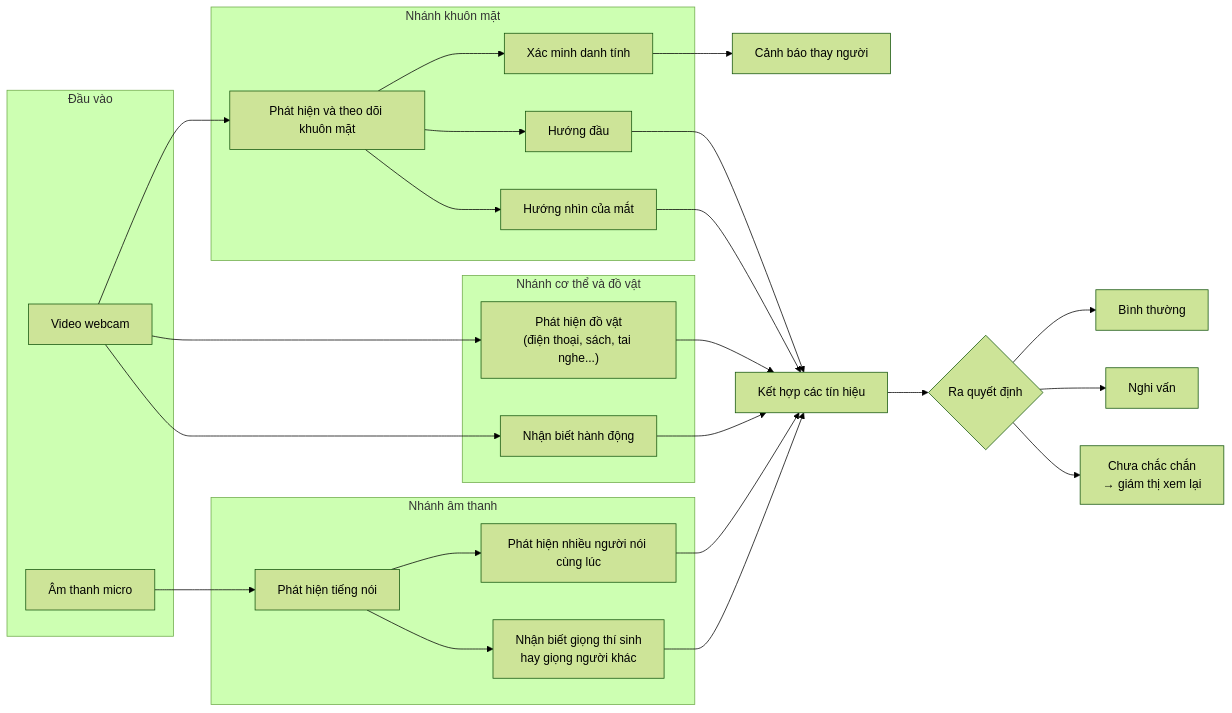
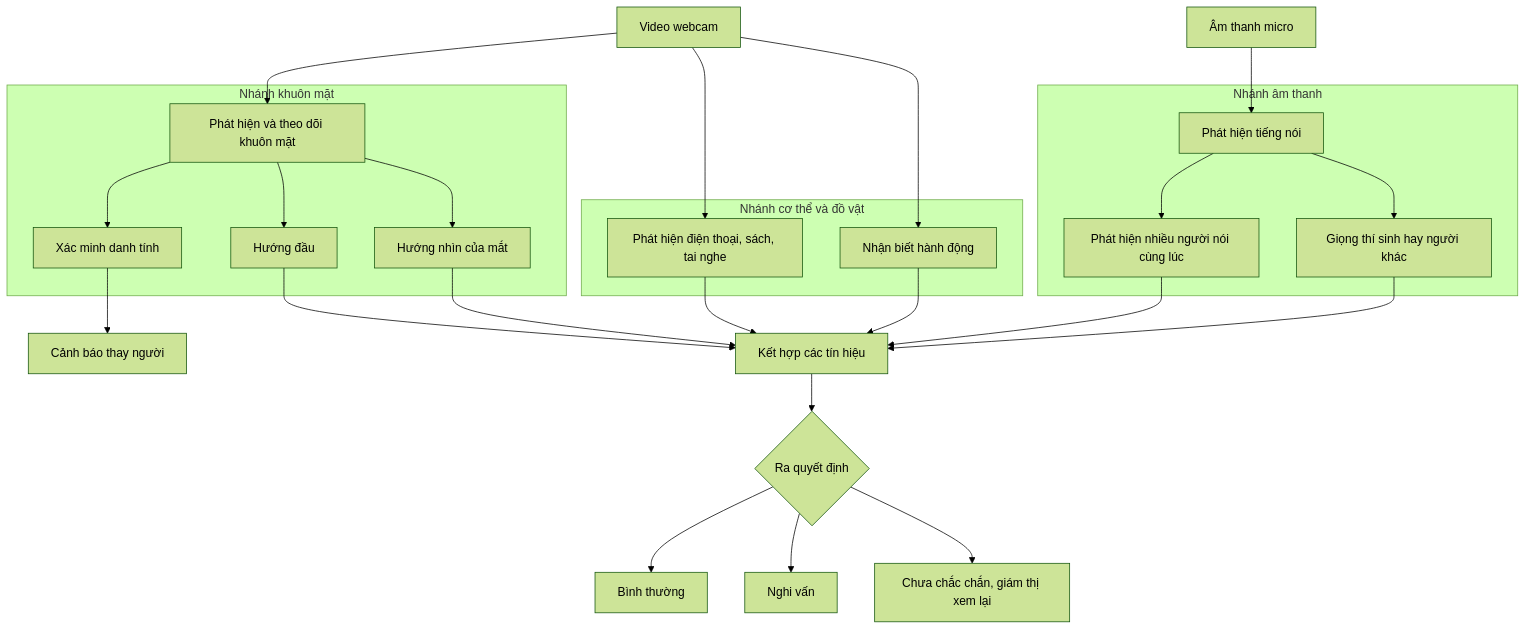
Before and after one commit to Kdark1311/Cheating_detection: the diagram in README.md, drawn with Mermaid (forest theme).

Commit message:
Fix mermaid diagram rendering on GitHub

````diff
--- a/README.md
+++ b/README.md
@@ -19,54 +19,54 @@
 ```mermaid
-flowchart LR
-    subgraph IN["Đầu vào"]
-        V["Video webcam"]
-        A["Âm thanh micro"]
+flowchart TD
+    video["Video webcam"]
+    mic["Âm thanh micro"]
+
+    subgraph faceBranch["Nhánh khuôn mặt"]
+        faceTrack["Phát hiện và theo dõi khuôn mặt"]
+        identity["Xác minh danh tính"]
+        headPose["Hướng đầu"]
+        gaze["Hướng nhìn của mắt"]
     end
 
-    subgraph FACE["Nhánh khuôn mặt"]
-        F1["Phát hiện và theo dõi khuôn mặt"]
-        F2["Xác minh danh tính"]
-        F3["Hướng đầu"]
-        F4["Hướng nhìn của mắt"]
+    subgraph bodyBranch["Nhánh cơ thể và đồ vật"]
+        objects["Phát hiện điện thoại, sách, tai nghe"]
+        actions["Nhận biết hành động"]
     end
 
-    subgraph BODY["Nhánh cơ thể và đồ vật"]
-        B1["Phát hiện đồ vật<br/>(điện thoại, sách, tai nghe...)"]
-        B2["Nhận biết hành động"]
+    subgraph audioBranch["Nhánh âm thanh"]
+        speech["Phát hiện tiếng nói"]
+        overlap["Phát hiện nhiều người nói cùng lúc"]
+        speaker["Giọng thí sinh hay người khác"]
     end
 
-    subgraph AUDIO["Nhánh âm thanh"]
-        S1["Phát hiện tiếng nói"]
-        S2["Phát hiện nhiều người nói cùng lúc"]
-        S3["Nhận biết giọng thí sinh<br/>hay giọng người khác"]
-    end
+    fusion["Kết hợp các tín hiệu"]
+    decision{"Ra quyết định"}
+    normal["Bình thường"]
+    suspicious["Nghi vấn"]
+    unsure["Chưa chắc chắn, giám thị xem lại"]
+    swapAlert["Cảnh báo thay người"]
 
-    FUSE["Kết hợp các tín hiệu"]
-    DEC{"Ra quyết định"}
-    OK["Bình thường"]
-    SUS["Nghi vấn"]
-    UNK["Chưa chắc chắn<br/>→ giám thị xem lại"]
-    ID["Cảnh báo thay người"]
+    video --> faceTrack
+    video --> objects
+    video --> actions
+    mic --> speech
 
-    V --> F1
-    F1 --> F2
-    F1 --> F3
-    F1 --> F4
-    V --> B1
-    V --> B2
-    A --> S1 --> S2
-    S1 --> S3
+    faceTrack --> identity
+    faceTrack --> headPose
+    faceTrack --> gaze
+    speech --> overlap
+    speech --> speaker
 
-    F3 --> FUSE
-    F4 --> FUSE
-    B1 --> FUSE
-    B2 --> FUSE
-    S2 --> FUSE
-    S3 --> FUSE
+    headPose --> fusion
+    gaze --> fusion
+    objects --> fusion
+    actions --> fusion
+    overlap --> fusion
+    speaker --> fusion
 
-    FUSE --> DEC
-    DEC --> OK
-    DEC --> SUS
-    DEC --> UNK
-    F2 --> ID
+    fusion --> decision
+    decision --> normal
+    decision --> suspicious
+    decision --> unsure
+    identity --> swapAlert
 ```
````
